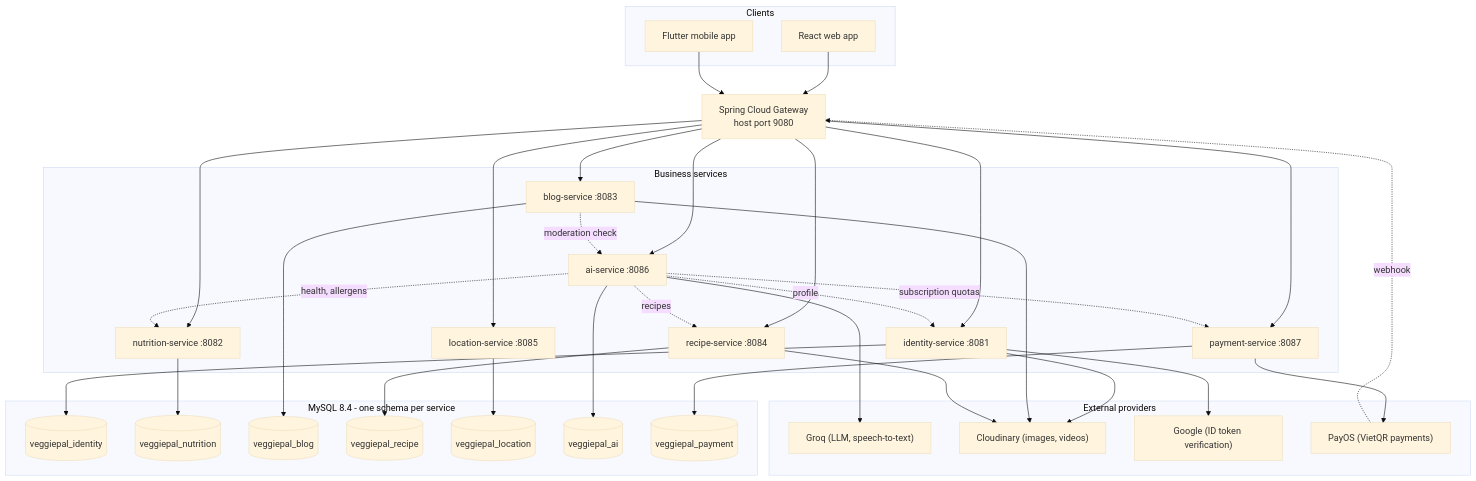
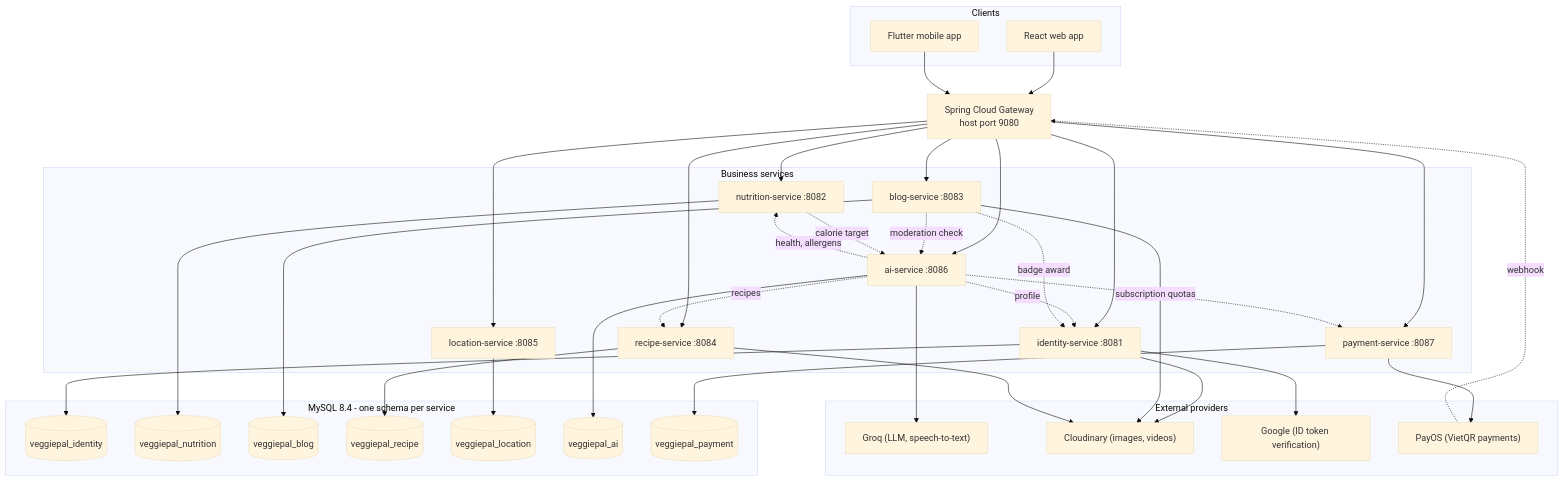
Before and after one commit to Phu0312/VeggiePal-Microservice: the fourth of 19 diagrams in docs/PRM_CAPSTONE.md, drawn with Mermaid (base theme). The commit also changed other lines of this file and 17 other files, not shown here.

````diff
--- a/docs/PRM_CAPSTONE.md
+++ b/docs/PRM_CAPSTONE.md
@@ -358,68 +359,70 @@
 ```mermaid
 flowchart TB
     subgraph CL["Clients"]
         WEB["React web app"]
         MOB["Flutter mobile app"]
     end
 
     GW["Spring Cloud Gateway<br/>host port 9080"]
     WEB --> GW
     MOB --> GW
 
     subgraph SV["Business services"]
         ID["identity-service :8081"]
         NU["nutrition-service :8082"]
         BL["blog-service :8083"]
         RE["recipe-service :8084"]
         LO["location-service :8085"]
         AI["ai-service :8086"]
         PA["payment-service :8087"]
     end
 
     GW --> ID
     GW --> NU
     GW --> BL
     GW --> RE
     GW --> LO
     GW --> AI
     GW --> PA
 
     subgraph DB["MySQL 8.4 - one schema per service"]
         D1[("veggiepal_identity")]
         D2[("veggiepal_nutrition")]
         D3[("veggiepal_blog")]
         D4[("veggiepal_recipe")]
         D5[("veggiepal_location")]
         D6[("veggiepal_ai")]
         D7[("veggiepal_payment")]
     end
 
     ID --> D1
     NU --> D2
     BL --> D3
     RE --> D4
     LO --> D5
     AI --> D6
     PA --> D7
 
     AI -. "health, allergens" .-> NU
     AI -. "recipes" .-> RE
     AI -. "profile" .-> ID
     AI -. "subscription quotas" .-> PA
     BL -. "moderation check" .-> AI
+    BL -. "badge award" .-> ID
+    NU -. "calorie target" .-> AI
 
     subgraph EX["External providers"]
         GQ["Groq (LLM, speech-to-text)"]
         CD["Cloudinary (images, videos)"]
         GO["Google (ID token verification)"]
         PO["PayOS (VietQR payments)"]
     end
 
     AI --> GQ
     ID --> CD
     BL --> CD
     RE --> CD
     ID --> GO
     PA --> PO
     PO -. "webhook" .-> GW
 ```
````
